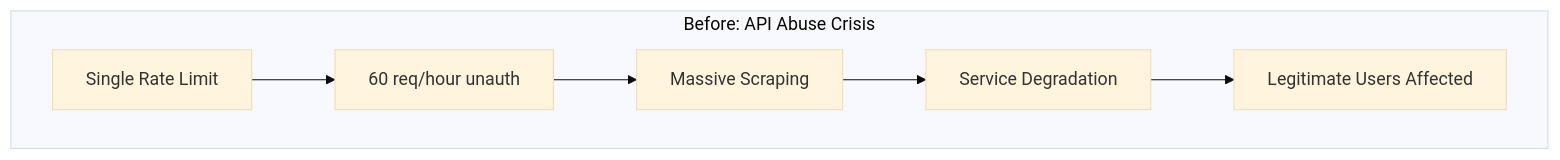
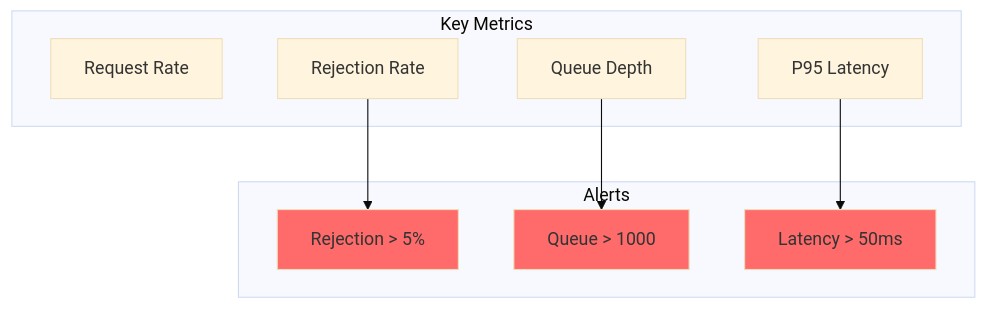
The fifth of 6 diagrams in docs/pattern-library/scaling/rate-limiting.md (deepaucksharma/DStudio), drawn with Mermaid (base theme) before and after one commit. The commit also changed other lines of this file and 4 other files, not shown here.

````diff
--- a/docs/pattern-library/scaling/rate-limiting.md
+++ b/docs/pattern-library/scaling/rate-limiting.md
@@ -1235,9 +223,23 @@
 ```mermaid
-graph TD
-    subgraph "Before: API Abuse Crisis"
-        A[Single Rate Limit] --> B[60 req/hour unauth]
-        B --> C[Massive Scraping]
-        C --> D[Service Degradation]
-        D --> E[Legitimate Users Affected]
+graph TB
+    subgraph "Key Metrics"
+        M1[Request Rate]
+        M2[Rejection Rate]
+        M3[P95 Latency]
+        M4[Queue Depth]
     end
+    
+    subgraph "Alerts"
+        A1[Rejection > 5%]
+        A2[Queue > 1000]
+        A3[Latency > 50ms]
+    end
+    
+    M2 --> A1
+    M4 --> A2
+    M3 --> A3
+    
+    style A1 fill:#ff6b6b
+    style A2 fill:#ff6b6b
+    style A3 fill:#ff6b6b
 ```
````
